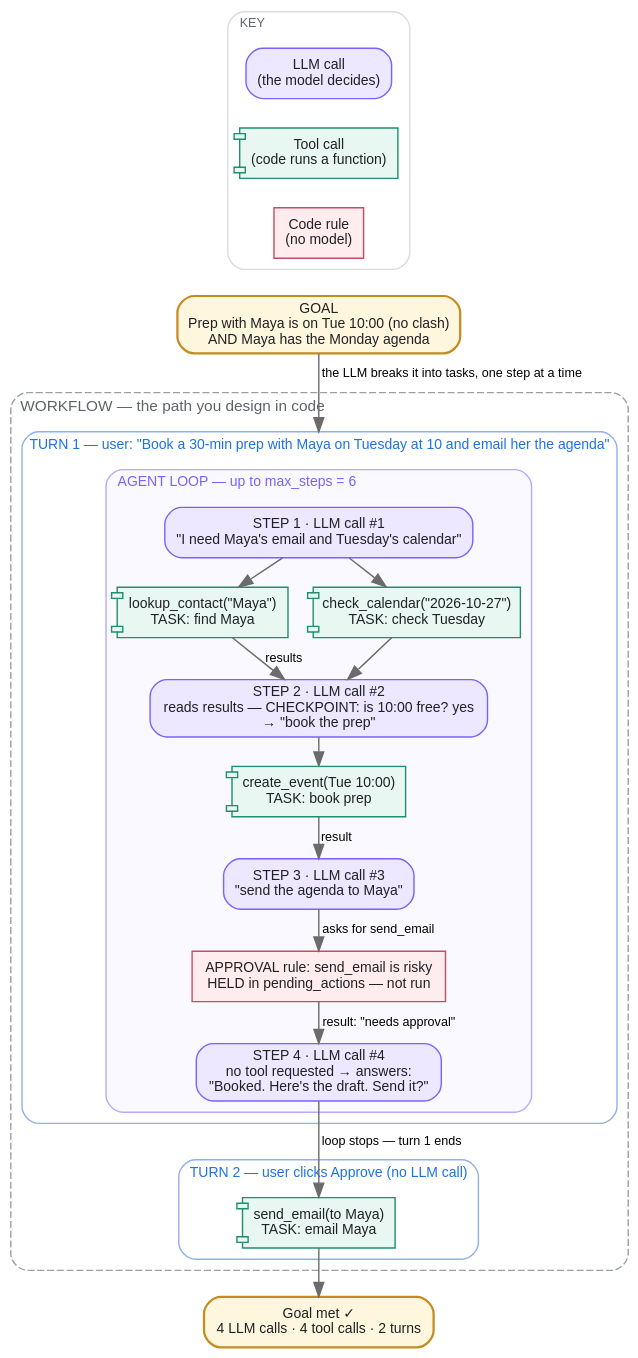
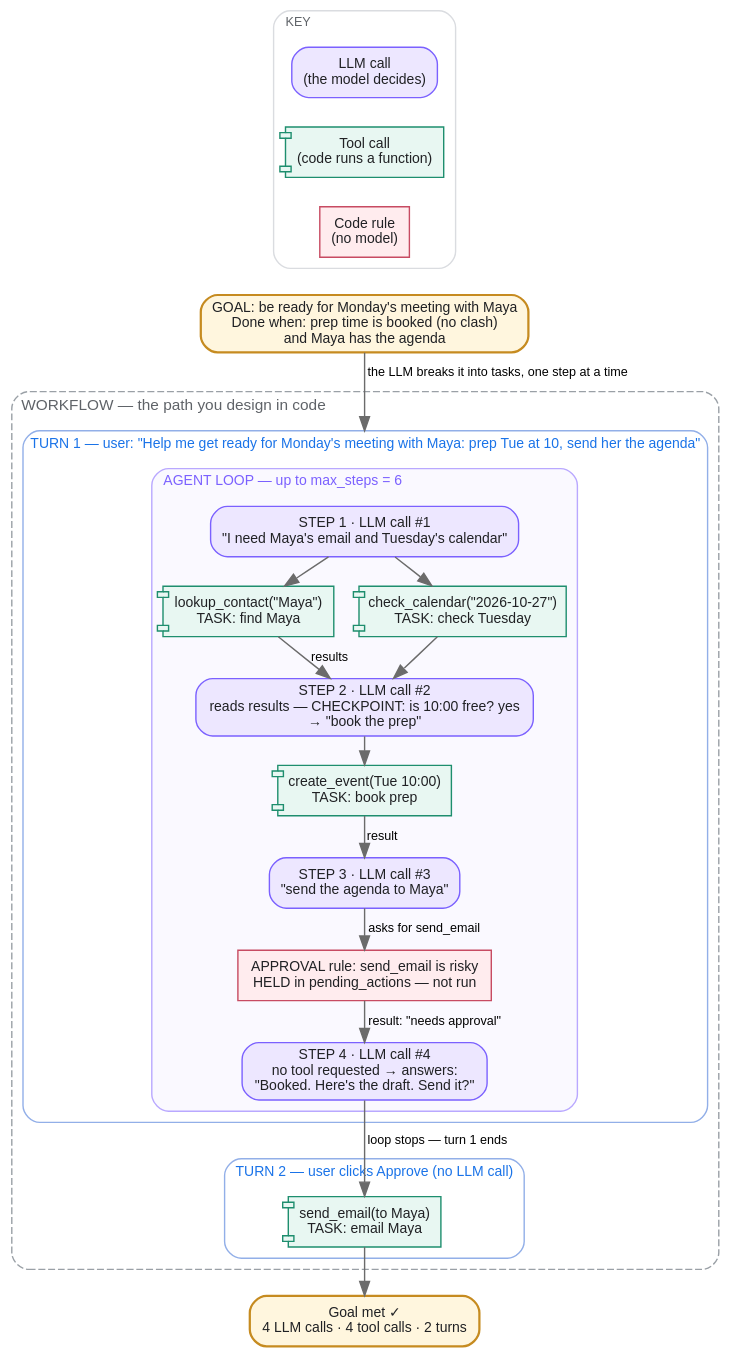
One commit to lngsa1234/my-llm-playground changed the diagram in knowledge_base/week-05-agent-engineering/concepts.md. Above: the diagram before and after it, drawn with Graphviz. The commit also changed other lines of this file, not shown here.

First line of the commit message:
Week 5 concepts: clearer goal (be ready for Monday's meeting with Maya) with a done-when

````diff
--- a/knowledge_base/week-05-agent-engineering/concepts.md
+++ b/knowledge_base/week-05-agent-engineering/concepts.md
@@ -17,63 +19,63 @@
 ```graphviz
 digraph week5_example {
   rankdir=TB; bgcolor="transparent"; nodesep=.25; ranksep=.28; compound=true;
   node [fontname="Arial" fontsize=10 fontcolor="#202124" margin=".12,.06"];
   edge [fontname="Arial" fontsize=9 color="#6B6B6B"];
 
   subgraph cluster_legend {
     label="KEY"; labeljust=l; fontname="Arial"; fontsize=9; fontcolor="#5F6368"; style="rounded"; color="#DADCE0";
     k_llm [label="LLM call\n(the model decides)" shape=box style="rounded,filled" fillcolor="#EDE7FF" color="#7B61FF"];
     k_tool [label="Tool call\n(code runs a function)" shape=component style="filled" fillcolor="#E8F7F2" color="#1E8E6E"];
     k_code [label="Code rule\n(no model)" shape=box style="filled" fillcolor="#FFECEE" color="#C74B62"];
     k_llm -> k_tool -> k_code [style=invis];
   }
 
-  goal [label="GOAL\nPrep with Maya is on Tue 10:00 (no clash)\nAND Maya has the Monday agenda" shape=box style="rounded,filled" fillcolor="#FFF6DE" color="#C68B20" penwidth=1.6];
+  goal [label="GOAL: be ready for Monday's meeting with Maya\nDone when: prep time is booked (no clash)\nand Maya has the agenda" shape=box style="rounded,filled" fillcolor="#FFF6DE" color="#C68B20" penwidth=1.6];
   k_code -> goal [style=invis];
 
   subgraph cluster_workflow {
     label="WORKFLOW — the path you design in code"; labeljust=l; fontname="Arial"; fontsize=11; fontcolor="#5F6368";
     style="rounded,dashed"; color="#9AA0A6";
 
     subgraph cluster_turn1 {
-      label="TURN 1 — user: \"Book a 30-min prep with Maya on Tuesday at 10 and email her the agenda\""; labeljust=l;
+      label="TURN 1 — user: \"Help me get ready for Monday's meeting with Maya: prep Tue at 10, send her the agenda\""; labeljust=l;
       fontname="Arial"; fontsize=10; fontcolor="#1A73E8"; style="rounded"; color="#92AFE8";
 
       subgraph cluster_loop {
         label="AGENT LOOP — up to max_steps = 6"; labeljust=l;
         fontname="Arial"; fontsize=10; fontcolor="#7B61FF"; style="rounded,filled"; fillcolor="#FAF9FF"; color="#B9A8FF";
 
         l1 [label="STEP 1 · LLM call #1\n\"I need Maya's email and Tuesday's calendar\"" shape=box style="rounded,filled" fillcolor="#EDE7FF" color="#7B61FF"];
         t1a [label="lookup_contact(\"Maya\")\nTASK: find Maya" shape=component style="filled" fillcolor="#E8F7F2" color="#1E8E6E"];
         t1b [label="check_calendar(\"2026-10-27\")\nTASK: check Tuesday" shape=component style="filled" fillcolor="#E8F7F2" color="#1E8E6E"];
 
         l2 [label="STEP 2 · LLM call #2\nreads results — CHECKPOINT: is 10:00 free? yes\n→ \"book the prep\"" shape=box style="rounded,filled" fillcolor="#EDE7FF" color="#7B61FF"];
         t2 [label="create_event(Tue 10:00)\nTASK: book prep" shape=component style="filled" fillcolor="#E8F7F2" color="#1E8E6E"];
 
         l3 [label="STEP 3 · LLM call #3\n\"send the agenda to Maya\"" shape=box style="rounded,filled" fillcolor="#EDE7FF" color="#7B61FF"];
         hold [label="APPROVAL rule: send_email is risky\nHELD in pending_actions — not run" shape=box style="filled" fillcolor="#FFECEE" color="#C74B62"];
 
         l4 [label="STEP 4 · LLM call #4\nno tool requested → answers:\n\"Booked. Here's the draft. Send it?\"" shape=box style="rounded,filled" fillcolor="#EDE7FF" color="#7B61FF"];
       }
     }
 
     subgraph cluster_turn2 {
       label="TURN 2 — user clicks Approve (no LLM call)"; labeljust=l; fontname="Arial"; fontsize=10; fontcolor="#1A73E8";
       style="rounded"; color="#92AFE8";
       t5 [label="send_email(to Maya)\nTASK: email Maya" shape=component style="filled" fillcolor="#E8F7F2" color="#1E8E6E"];
     }
   }
 
   done [label="Goal met ✓\n4 LLM calls · 4 tool calls · 2 turns" shape=box style="rounded,filled" fillcolor="#FFF6DE" color="#C68B20" penwidth=1.6];
 
   goal -> l1 [lhead=cluster_turn1 label=" the LLM breaks it into tasks, one step at a time"];
   l1 -> t1a; l1 -> t1b;
   t1a -> l2 [label=" results"]; t1b -> l2;
   l2 -> t2;
   t2 -> l3 [label=" result"];
   l3 -> hold [label=" asks for send_email"];
   hold -> l4 [label=" result: \"needs approval\""];
   l4 -> t5 [label=" loop stops — turn 1 ends"];
   t5 -> done;
 }
 ```
````
